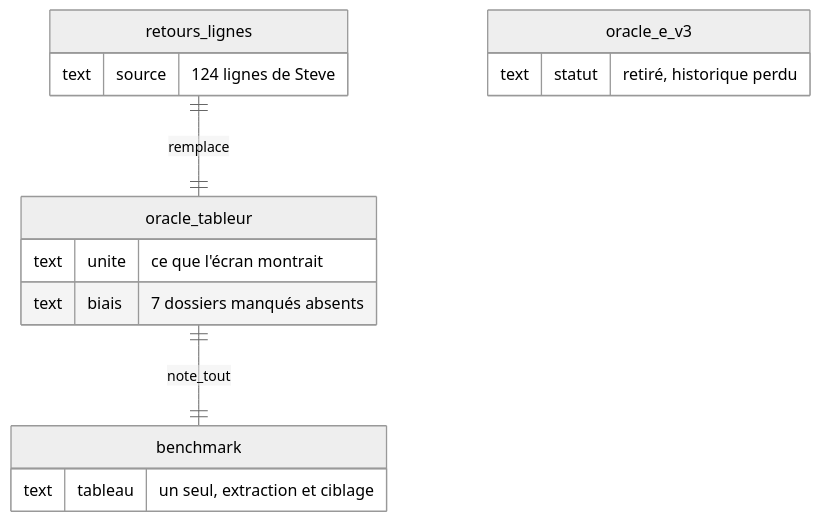
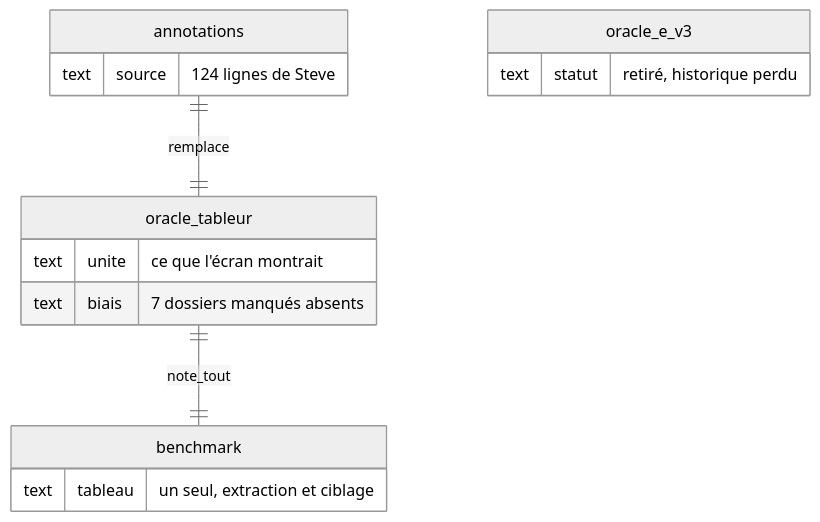
One commit to rhanka/radar-immobilier changed diagram 13 of 20 in docs/spec/reports/dossier-retours-steve/DOSSIER_DECISION_RETOURS_STEVE_2026-10-03.md. Above: the diagram before and after it, drawn with Mermaid (neutral theme). The commit also changed other lines of this file and 41 other files, not shown here.

First line of the commit message:
docs(dossier-steve): architecture des données, annotations vivantes, D1 actée par l'owner

````diff
--- a/docs/spec/reports/dossier-retours-steve/DOSSIER_DECISION_RETOURS_STEVE_2026-10-03.md
+++ b/docs/spec/reports/dossier-retours-steve/DOSSIER_DECISION_RETOURS_STEVE_2026-10-03.md
@@ -1147,18 +1244,18 @@
 ```mermaid
 erDiagram
-    retours_lignes ||--|| oracle_tableur : remplace
+    annotations ||--|| oracle_tableur : remplace
     oracle_tableur ||--|| benchmark : note_tout
-    retours_lignes {
+    annotations {
       text source "124 lignes de Steve"
     }
     oracle_tableur {
       text unite "ce que l'écran montrait"
       text biais "7 dossiers manqués absents"
     }
     oracle_e_v3 {
       text statut "retiré, historique perdu"
     }
     benchmark {
       text tableau "un seul, extraction et ciblage"
     }
 ```
````
